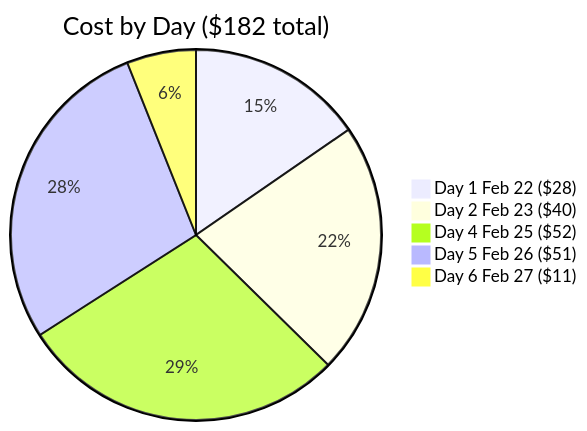
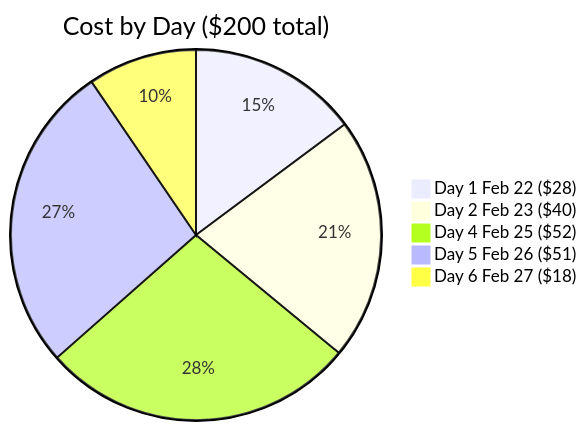
The fourth of 7 diagrams in README.md (atlantdak/claude-code-hackathon-xbo-market-kit), drawn with Mermaid before and after one commit. The commit also changed other lines of this file and 5 other files, not shown here.

````diff
--- a/README.md
+++ b/README.md
@@ -127,8 +131,8 @@
 ```mermaid
-pie title Cost by Day ($182 total)
+pie title Cost by Day ($200 total)
     "Day 1 Feb 22 ($28)" : 28
     "Day 2 Feb 23 ($40)" : 40
     "Day 4 Feb 25 ($52)" : 52
     "Day 5 Feb 26 ($51)" : 51
-    "Day 6 Feb 27 ($11)" : 11
+    "Day 6 Feb 27 ($18)" : 18
 ```
````
